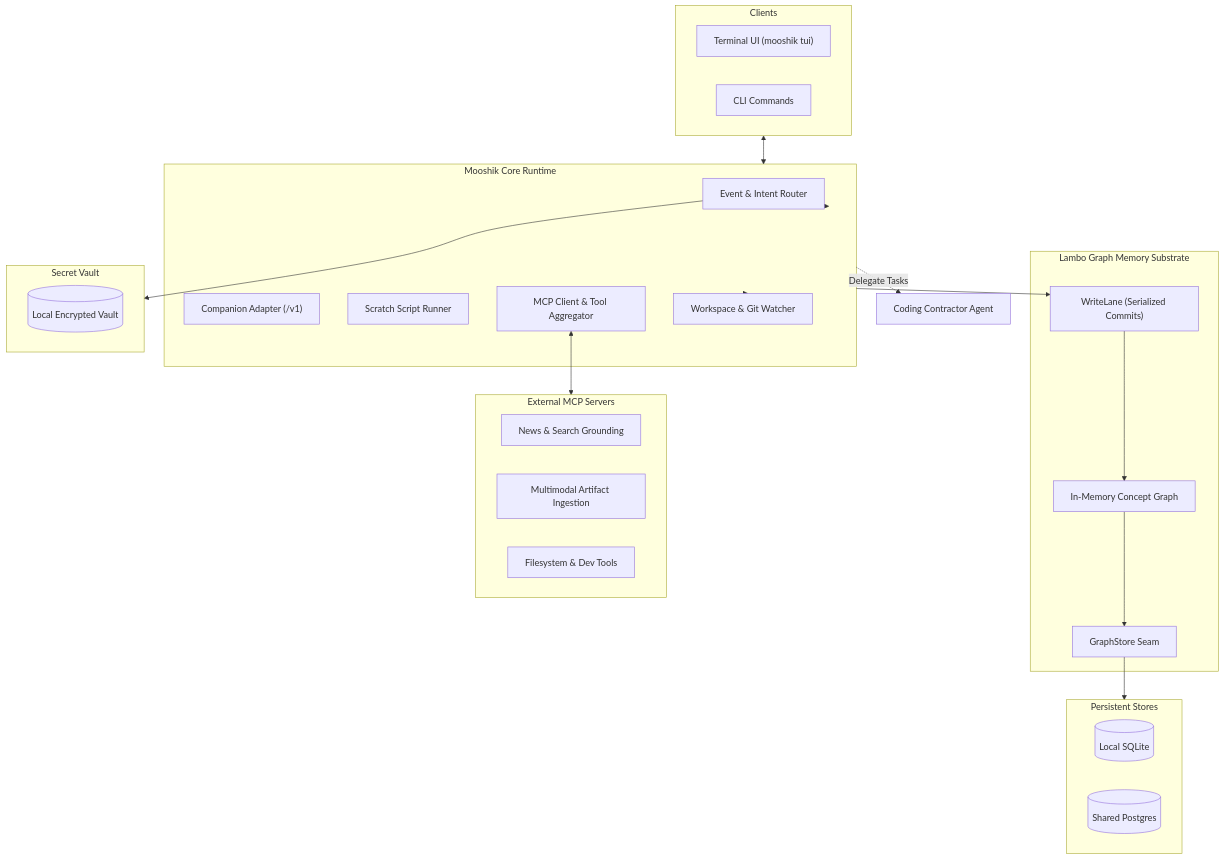
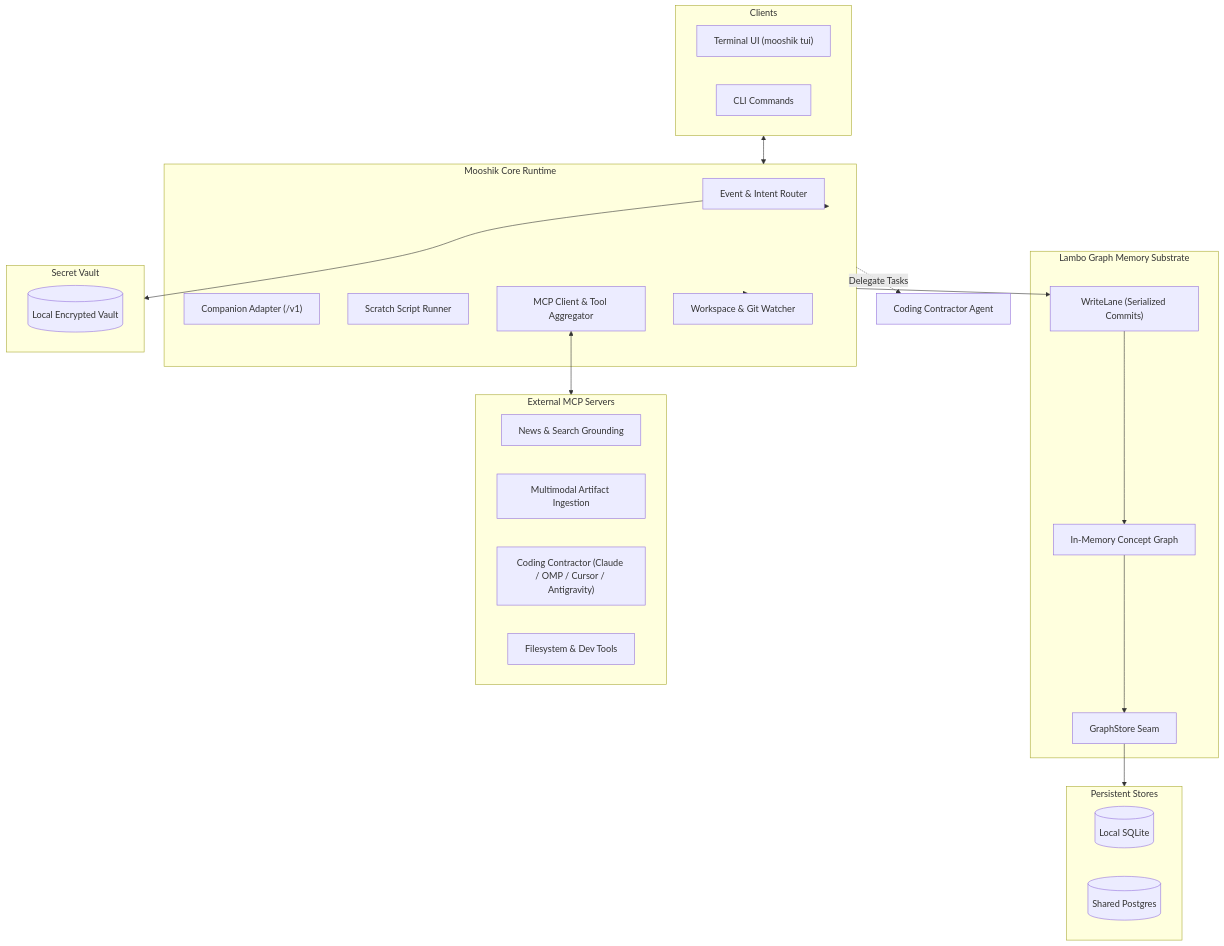
Before and after one commit to nrynss/mooshik: the diagram in README.md, drawn with Mermaid. The commit also changed other lines of this file and 33 other files, not shown here.

First line of the commit message:
feat(coder): implement M12g coding contractor MCP server and agentic review pipeline

````diff
--- a/README.md
+++ b/README.md
@@ -14,44 +14,45 @@
 ```mermaid
 graph TB
     subgraph Clients ["Clients"]
         TUI["Terminal UI (mooshik tui)"]
         CLI["CLI Commands"]
     end
 
     subgraph Core ["Mooshik Core Runtime"]
         Router["Event & Intent Router"]
         Companion["Companion Adapter (/v1)"]
         Scratch["Scratch Script Runner"]
         MCPHost["MCP Client & Tool Aggregator"]
         Watcher["Workspace & Git Watcher"]
     end
 
     subgraph Memory ["Lambo Graph Memory Substrate"]
         Graph["In-Memory Concept Graph"]
         WriteLane["WriteLane (Serialized Commits)"]
         Seam["GraphStore Seam"]
     end
 
     subgraph Vault ["Secret Vault"]
         V[("Local Encrypted Vault")]
     end
 
     subgraph Stores ["Persistent Stores"]
         SQLite[("Local SQLite")]
         PG[("Shared Postgres")]
     end
 
     subgraph MCPServers ["External MCP Servers"]
         News["News & Search Grounding"]
         Artifacts["Multimodal Artifact Ingestion"]
+        Coder["Coding Contractor (Claude / OMP / Cursor / Antigravity)"]
         Tools["Filesystem & Dev Tools"]
     end
 
     Clients <--> Core
     Core --> Router
     Router --> Vault
     Core --> WriteLane --> Graph --> Seam --> Stores
     Core --> Watcher
     MCPHost <--> MCPServers
     Core -.->|Delegate Tasks| Coding["Coding Contractor Agent"]
 ```
````
